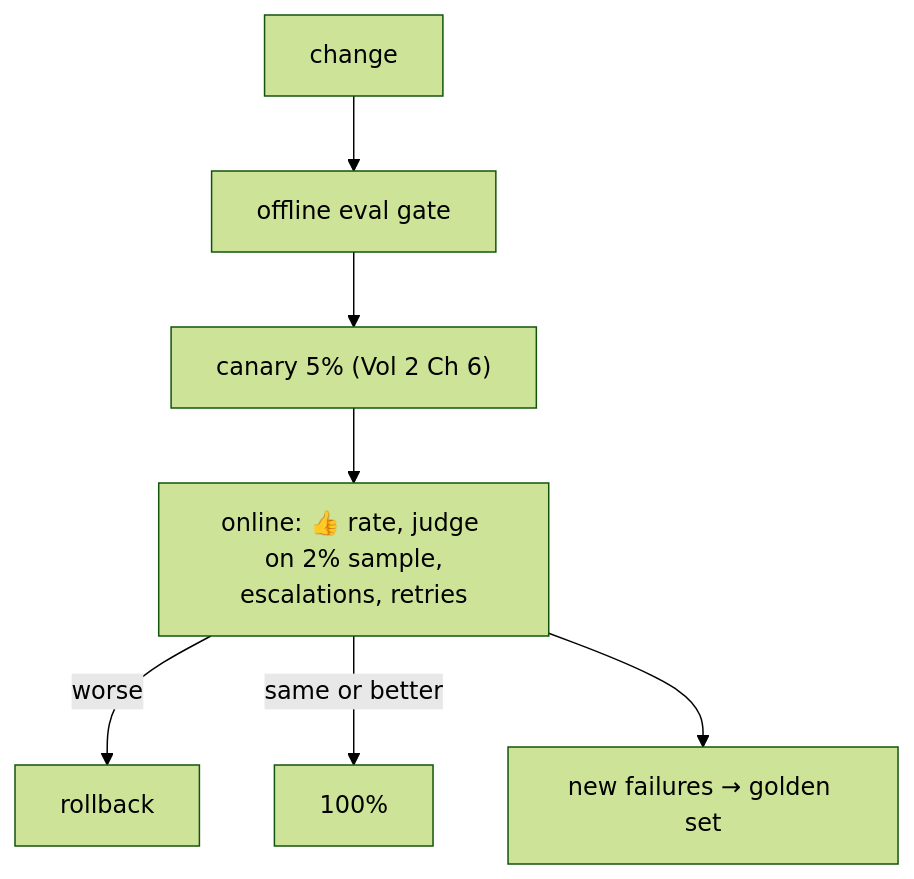
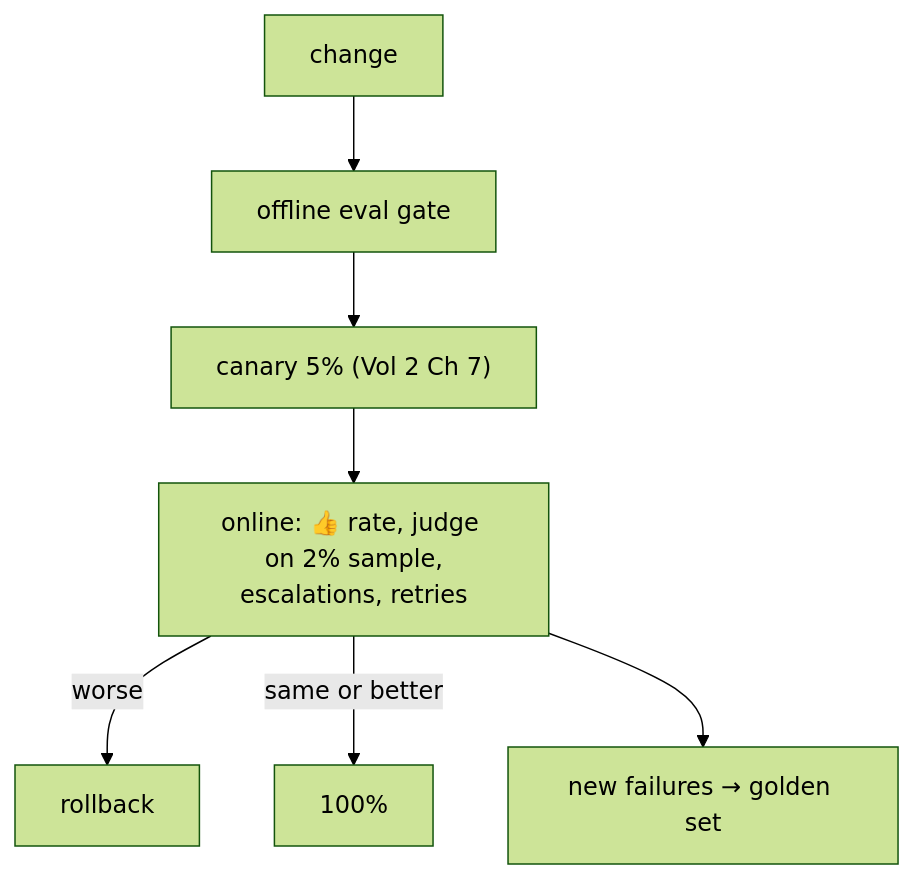
The second of 4 diagrams in volumes/volume-5-ai-systems/ch17-evaluation.md (Charikshith/Guide), drawn with Mermaid (forest theme) before and after one commit. The commit also changed 288 other files, not shown here.

````diff
--- a/volumes/volume-5-ai-systems/ch17-evaluation.md
+++ b/volumes/volume-5-ai-systems/ch17-evaluation.md
@@ -93,8 +93,8 @@
 ```mermaid
 flowchart TD
-    DEV["change"] --> OFF["offline eval gate"] --> CAN["canary 5% (Vol 2 Ch 6)"]
+    DEV["change"] --> OFF["offline eval gate"] --> CAN["canary 5% (Vol 2 Ch 7)"]
     CAN --> ON["online: 👍 rate, judge on 2% sample,<br/>escalations, retries"]
     ON -- "worse" --> RB[rollback]
     ON -- "same or better" --> FULL[100%]
     ON --> NEW["new failures → golden set"]
 ```
````
